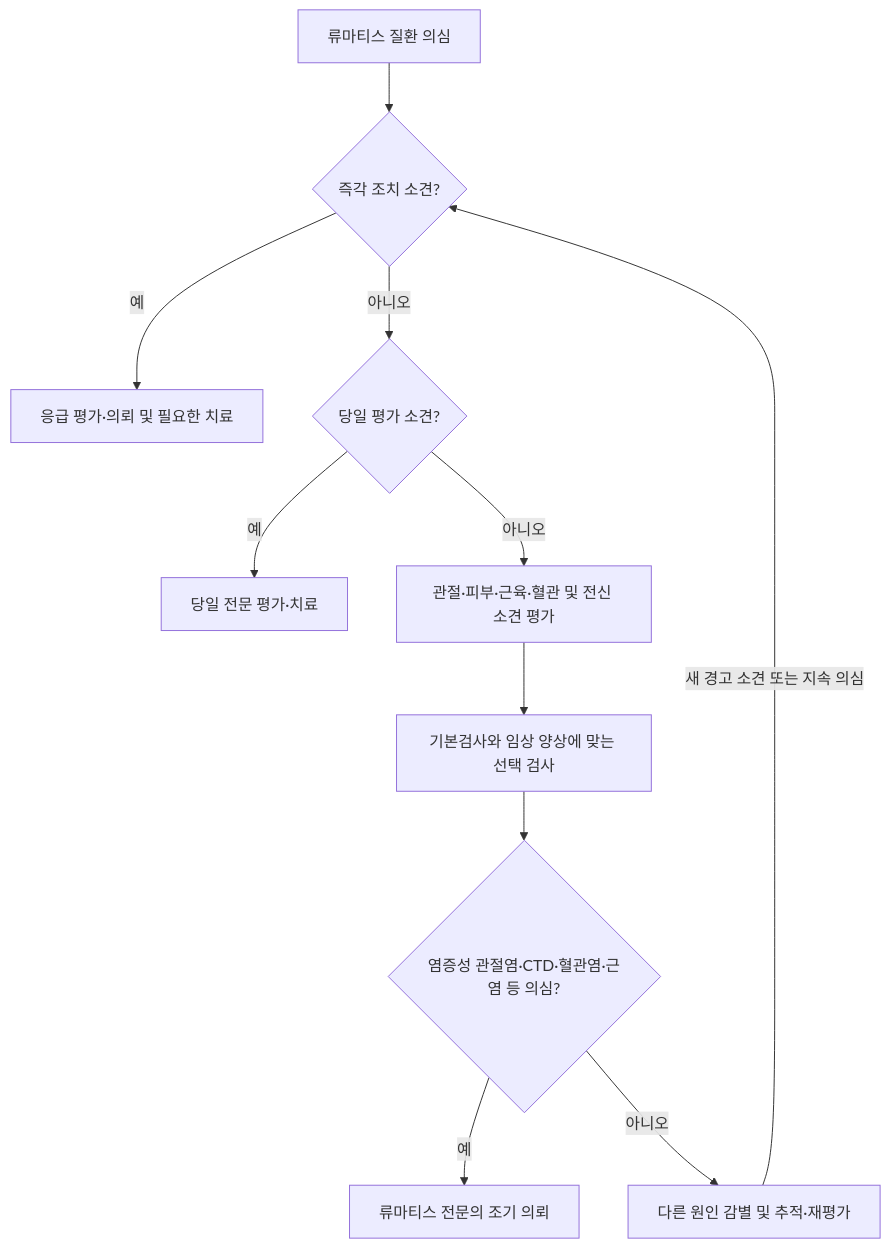
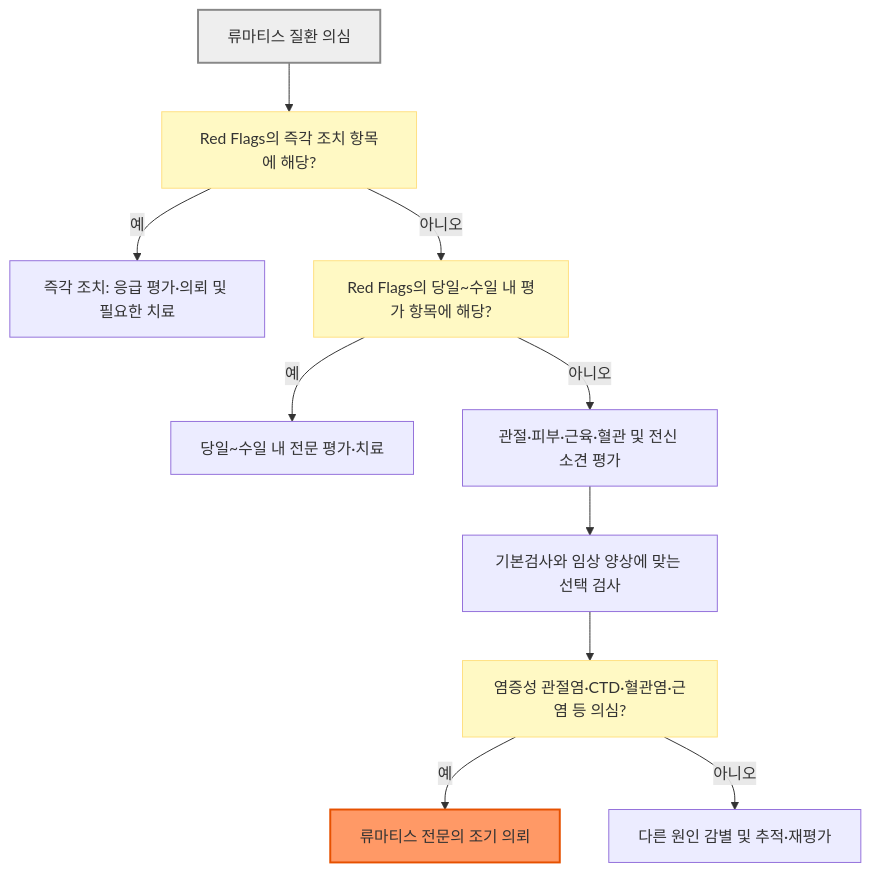
One commit to familyoh77/familyoh77 changed the diagram in 228_/150_-rheumatoid-disease.md. Above: the diagram before and after it, drawn with Mermaid. The commit also changed other lines of this file and 10 other files, not shown here.

````diff
--- a/228_/150_-rheumatoid-disease.md
+++ b/228_/150_-rheumatoid-disease.md
@@ -142,13 +142,17 @@
 ```mermaid
 flowchart TD
-    A["류마티스 질환 의심"] --> B{"즉각 조치 소견?"}
-    B -->|예| C["응급 평가·의뢰 및 필요한 치료"]
-    B -->|아니오| D{"당일 평가 소견?"}
-    D -->|예| E["당일 전문 평가·치료"]
-    D -->|아니오| F["관절·피부·근육·혈관 및 전신 소견 평가"]
+    A["류마티스 질환 의심"] --> B["Red Flags의 즉각 조치 항목에 해당?"]
+    B -- "예" --> C["즉각 조치: 응급 평가·의뢰 및 필요한 치료"]
+    B -- "아니오" --> D["Red Flags의 당일~수일 내 평가 항목에 해당?"]
+    D -- "예" --> E["당일~수일 내 전문 평가·치료"]
+    D -- "아니오" --> F["관절·피부·근육·혈관 및 전신 소견 평가"]
     F --> G["기본검사와 임상 양상에 맞는 선택 검사"]
-    G --> H{"염증성 관절염·CTD·혈관염·근염 등 의심?"}
-    H -->|예| I["류마티스 전문의 조기 의뢰"]
-    H -->|아니오| J["다른 원인 감별 및 추적·재평가"]
-    J -->|새 경고 소견 또는 지속 의심| B
+    G --> H["염증성 관절염·CTD·혈관염·근염 등 의심?"]
+    H -- "예" --> I["류마티스 전문의 조기 의뢰"]
+    H -- "아니오" --> J["다른 원인 감별 및 추적·재평가"]
+
+    classDef question fill:#fff9c4,stroke:#ffe082
+    class B,D,H question
+    style A fill:#eeeeee,stroke:#888888,stroke-width:2px
+    style I fill:#f96,stroke:#e65100,stroke-width:2px
 ```
````
